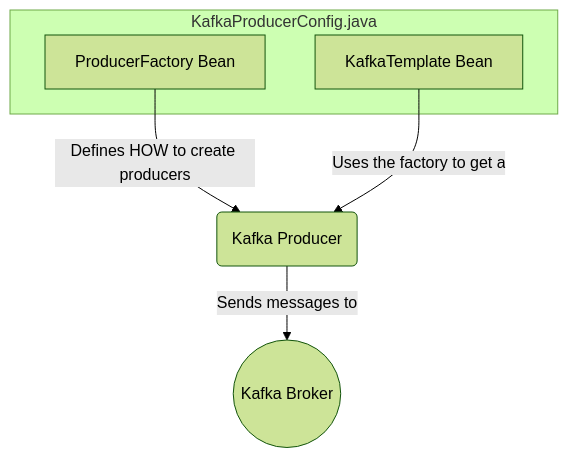
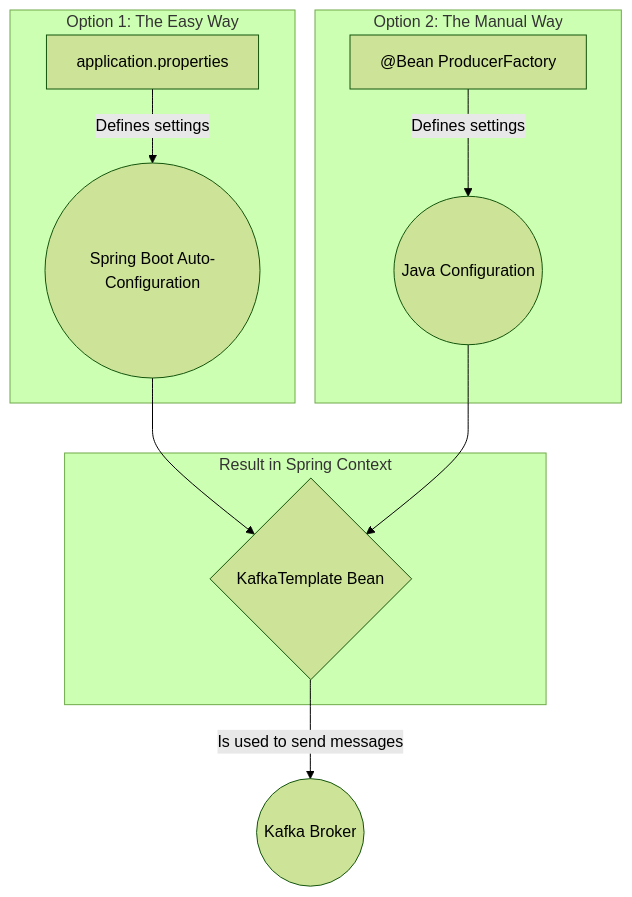
Before and after one commit to pdheeraj99/Java-Design-Patterns: the diagram in 02-Configuration/02a-Producer-Factory-and-KafkaTemplate.md, drawn with Mermaid (forest theme). The commit also changed other lines of this file and 7 other files, not shown here.

First line of the commit message:
feat: Create final and comprehensive Spring Kafka tutorial

````diff
--- a/02-Configuration/02a-Producer-Factory-and-KafkaTemplate.md
+++ b/02-Configuration/02a-Producer-Factory-and-KafkaTemplate.md
@@ -66,11 +81,18 @@
 ```mermaid
 graph TD
-    A[ProducerFactory Bean] -- "Defines HOW to create producers" --> B(Kafka Producer);
-    C[KafkaTemplate Bean] -- "Uses the factory to get a" --> B;
-    B -- "Sends messages to" --> D((Kafka Broker));
+    subgraph "Option 1: The Easy Way"
+        A["application.properties"] -- "Defines settings" --> B((Spring Boot Auto-Configuration));
+    end
 
-    subgraph "KafkaProducerConfig.java"
-        A
-        C
+    subgraph "Option 2: The Manual Way"
+        C["@Bean ProducerFactory"] -- "Defines settings" --> D((Java Configuration));
     end
+
+    subgraph "Result in Spring Context"
+        B --> E{KafkaTemplate Bean};
+        D --> E;
+    end
+
+    E -- "Is used to send messages" --> F((Kafka Broker));
+
 ```
````
